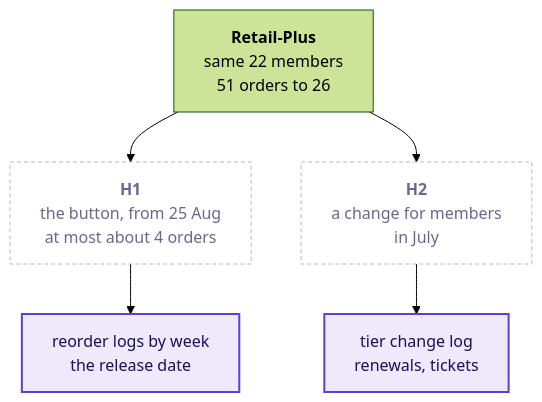
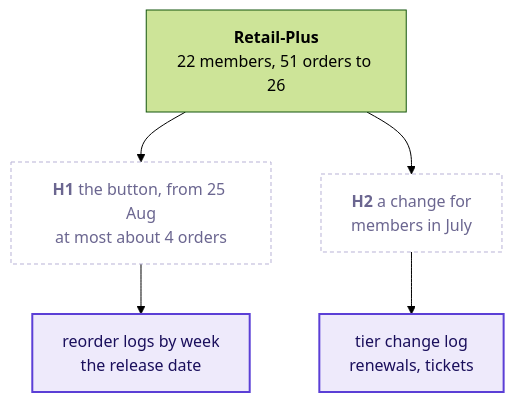
Before and after one commit to fde-academy-lab/c2-content-factory: the seventh of 13 diagrams in content/W01/D2/slides/C2_W01_D02_half2_STUDENT.md, drawn with Mermaid (forest theme). The commit also changed other lines of this file and 4 other files, not shown here.

````diff
--- a/content/W01/D2/slides/C2_W01_D02_half2_STUDENT.md
+++ b/content/W01/D2/slides/C2_W01_D02_half2_STUDENT.md
@@ -333,11 +335,11 @@
 ```mermaid
 flowchart TB
-    F["<b>Retail-Plus</b><br/>same 22 members<br/>51 orders to 26"] --> H1["<b>H1</b><br/>the button, from 25 Aug<br/>at most about 4 orders"]
-    F --> H2["<b>H2</b><br/>a change for members<br/>in July"]
+    F["<b>Retail-Plus</b><br/>22 members, 51 orders to 26"] --> H1["<b>H1</b> the button, from 25 Aug<br/>at most about 4 orders"]
+    F --> H2["<b>H2</b> a change for<br/>members in July"]
     H1 --> E1["reorder logs by week<br/>the release date"]
     H2 --> E2["tier change log<br/>renewals, tickets"]
     classDef unknown fill:#FFFFFF,stroke:#B8B2D6,color:#6B6690,stroke-dasharray:4 3
     classDef known fill:#EEEAFB,stroke:#5B3FD6,color:#1A0F5C,stroke-width:2px
     class H1,H2 unknown
     class E1,E2 known
 ```
````
